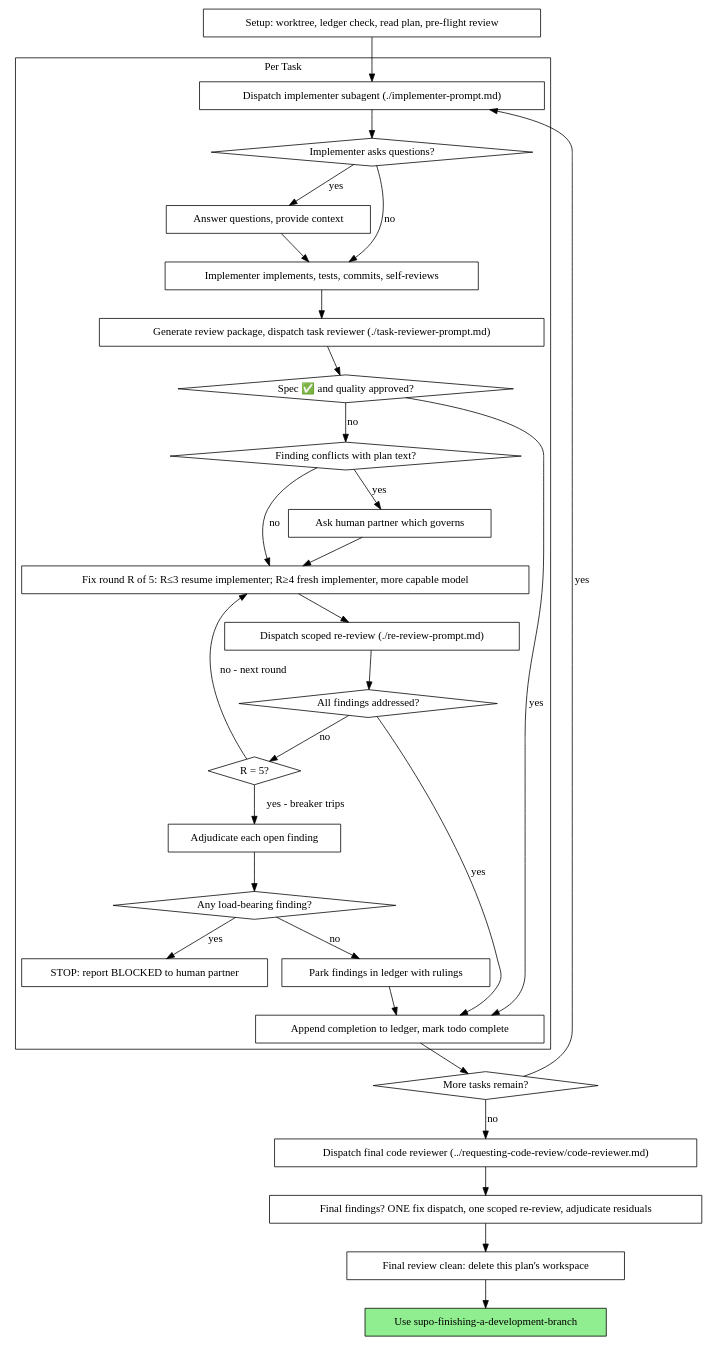
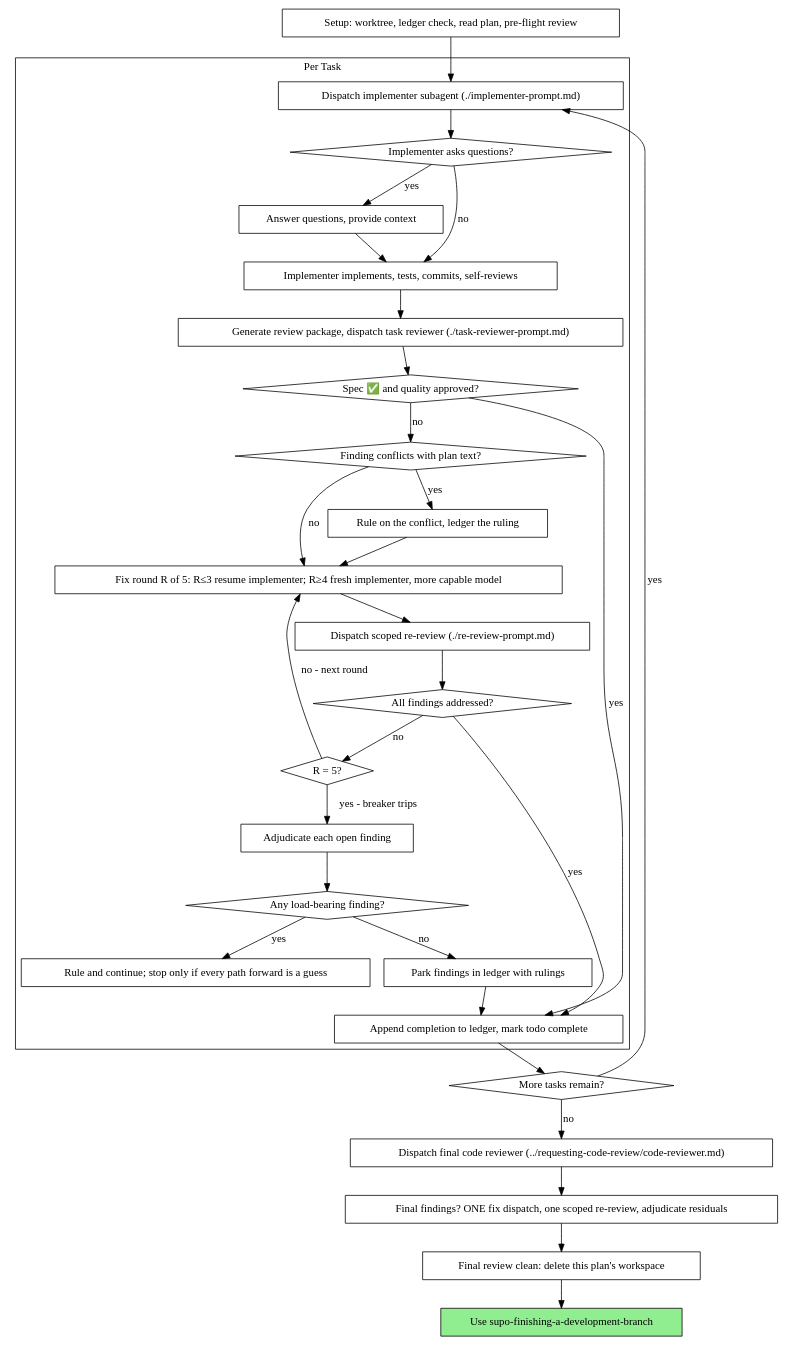
The second of 2 diagrams in pi-superpowers/skills/supo-subagent-driven-development/SKILL.md (yandy/pi-packages), drawn with Graphviz before and after one commit. The commit also changed other lines of this file and 45 other files, not shown here.

````diff
--- a/pi-superpowers/skills/supo-subagent-driven-development/SKILL.md
+++ b/pi-superpowers/skills/supo-subagent-driven-development/SKILL.md
@@ -47,62 +61,62 @@
 ```dot
 digraph process {
     rankdir=TB;
 
     subgraph cluster_per_task {
         label="Per Task";
         "Dispatch implementer subagent (./implementer-prompt.md)" [shape=box];
         "Implementer asks questions?" [shape=diamond];
         "Answer questions, provide context" [shape=box];
         "Implementer implements, tests, commits, self-reviews" [shape=box];
         "Generate review package, dispatch task reviewer (./task-reviewer-prompt.md)" [shape=box];
         "Spec ✅ and quality approved?" [shape=diamond];
         "Finding conflicts with plan text?" [shape=diamond];
-        "Ask human partner which governs" [shape=box];
+        "Rule on the conflict, ledger the ruling" [shape=box];
         "Fix round R of 5: R≤3 resume implementer; R≥4 fresh implementer, more capable model" [shape=box];
         "Dispatch scoped re-review (./re-review-prompt.md)" [shape=box];
         "All findings addressed?" [shape=diamond];
         "R = 5?" [shape=diamond];
         "Adjudicate each open finding" [shape=box];
         "Any load-bearing finding?" [shape=diamond];
-        "STOP: report BLOCKED to human partner" [shape=box];
+        "Rule and continue; stop only if every path forward is a guess" [shape=box];
         "Park findings in ledger with rulings" [shape=box];
         "Append completion to ledger, mark todo complete" [shape=box];
     }
 
     "Setup: worktree, ledger check, read plan, pre-flight review" [shape=box];
     "More tasks remain?" [shape=diamond];
     "Dispatch final code reviewer (../requesting-code-review/code-reviewer.md)" [shape=box];
     "Final findings? ONE fix dispatch, one scoped re-review, adjudicate residuals" [shape=box];
     "Final review clean: delete this plan's workspace" [shape=box];
     "Use supo-finishing-a-development-branch" [shape=box style=filled fillcolor=lightgreen];
 
     "Setup: worktree, ledger check, read plan, pre-flight review" -> "Dispatch implementer subagent (./implementer-prompt.md)";
     "Dispatch implementer subagent (./implementer-prompt.md)" -> "Implementer asks questions?";
     "Implementer asks questions?" -> "Answer questions, provide context" [label="yes"];
     "Answer questions, provide context" -> "Implementer implements, tests, commits, self-reviews";
     "Implementer asks questions?" -> "Implementer implements, tests, commits, self-reviews" [label="no"];
     "Implementer implements, tests, commits, self-reviews" -> "Generate review package, dispatch task reviewer (./task-reviewer-prompt.md)";
     "Generate review package, dispatch task reviewer (./task-reviewer-prompt.md)" -> "Spec ✅ and quality approved?";
     "Spec ✅ and quality approved?" -> "Append completion to ledger, mark todo complete" [label="yes"];
     "Spec ✅ and quality approved?" -> "Finding conflicts with plan text?" [label="no"];
-    "Finding conflicts with plan text?" -> "Ask human partner which governs" [label="yes"];
-    "Ask human partner which governs" -> "Fix round R of 5: R≤3 resume implementer; R≥4 fresh implementer, more capable model";
+    "Finding conflicts with plan text?" -> "Rule on the conflict, ledger the ruling" [label="yes"];
+    "Rule on the conflict, ledger the ruling" -> "Fix round R of 5: R≤3 resume implementer; R≥4 fresh implementer, more capable model";
     "Finding conflicts with plan text?" -> "Fix round R of 5: R≤3 resume implementer; R≥4 fresh implementer, more capable model" [label="no"];
     "Fix round R of 5: R≤3 resume implementer; R≥4 fresh implementer, more capable model" -> "Dispatch scoped re-review (./re-review-prompt.md)";
     "Dispatch scoped re-review (./re-review-prompt.md)" -> "All findings addressed?";
     "All findings addressed?" -> "Append completion to ledger, mark todo complete" [label="yes"];
     "All findings addressed?" -> "R = 5?" [label="no"];
     "R = 5?" -> "Fix round R of 5: R≤3 resume implementer; R≥4 fresh implementer, more capable model" [label="no - next round"];
     "R = 5?" -> "Adjudicate each open finding" [label="yes - breaker trips"];
     "Adjudicate each open finding" -> "Any load-bearing finding?";
-    "Any load-bearing finding?" -> "STOP: report BLOCKED to human partner" [label="yes"];
+    "Any load-bearing finding?" -> "Rule and continue; stop only if every path forward is a guess" [label="yes"];
     "Any load-bearing finding?" -> "Park findings in ledger with rulings" [label="no"];
     "Park findings in ledger with rulings" -> "Append completion to ledger, mark todo complete";
     "Append completion to ledger, mark todo complete" -> "More tasks remain?";
     "More tasks remain?" -> "Dispatch implementer subagent (./implementer-prompt.md)" [label="yes"];
     "More tasks remain?" -> "Dispatch final code reviewer (../requesting-code-review/code-reviewer.md)" [label="no"];
     "Dispatch final code reviewer (../requesting-code-review/code-reviewer.md)" -> "Final findings? ONE fix dispatch, one scoped re-review, adjudicate residuals";
     "Final findings? ONE fix dispatch, one scoped re-review, adjudicate residuals" -> "Final review clean: delete this plan's workspace";
     "Final review clean: delete this plan's workspace" -> "Use supo-finishing-a-development-branch";
 }
 ```
````
